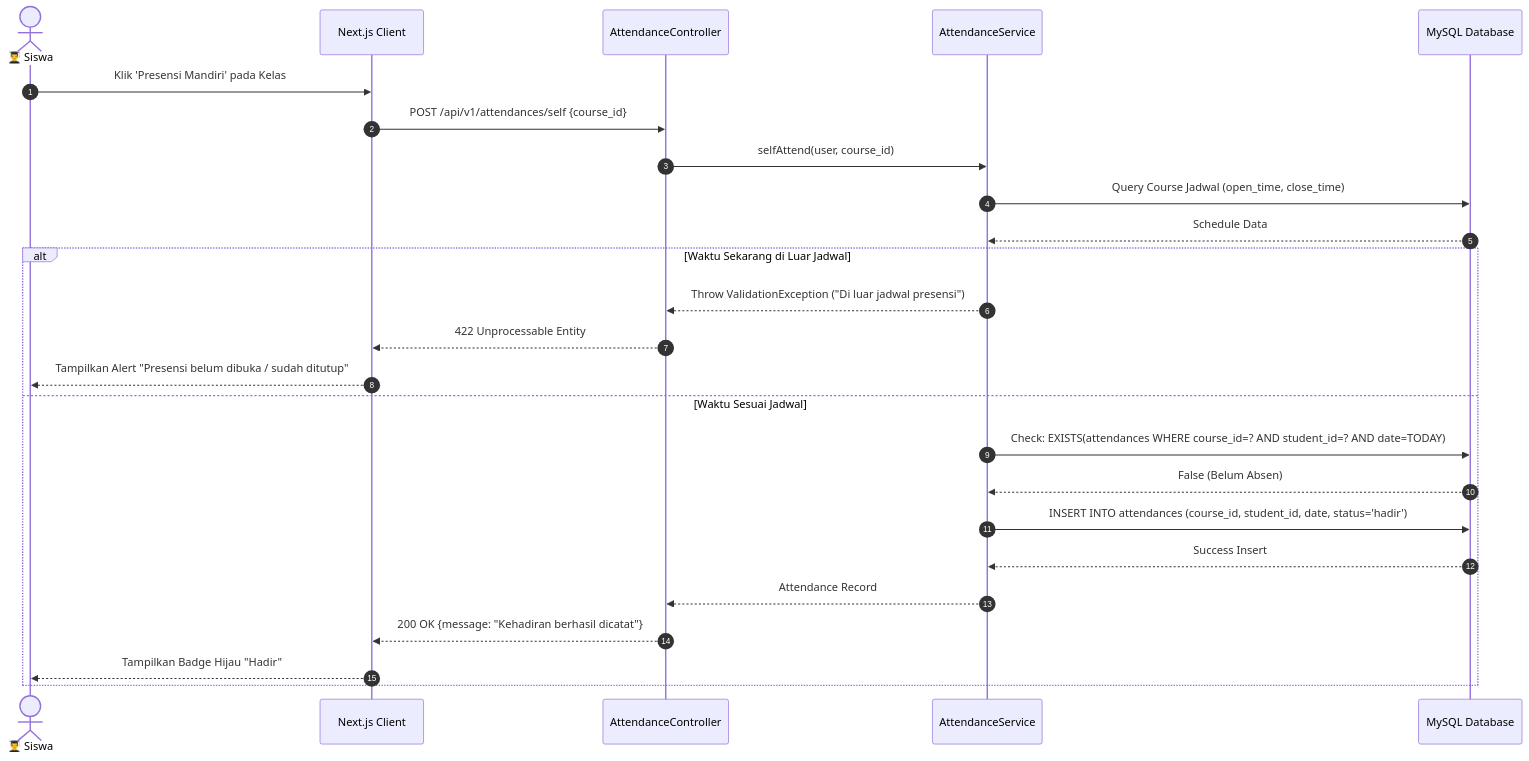
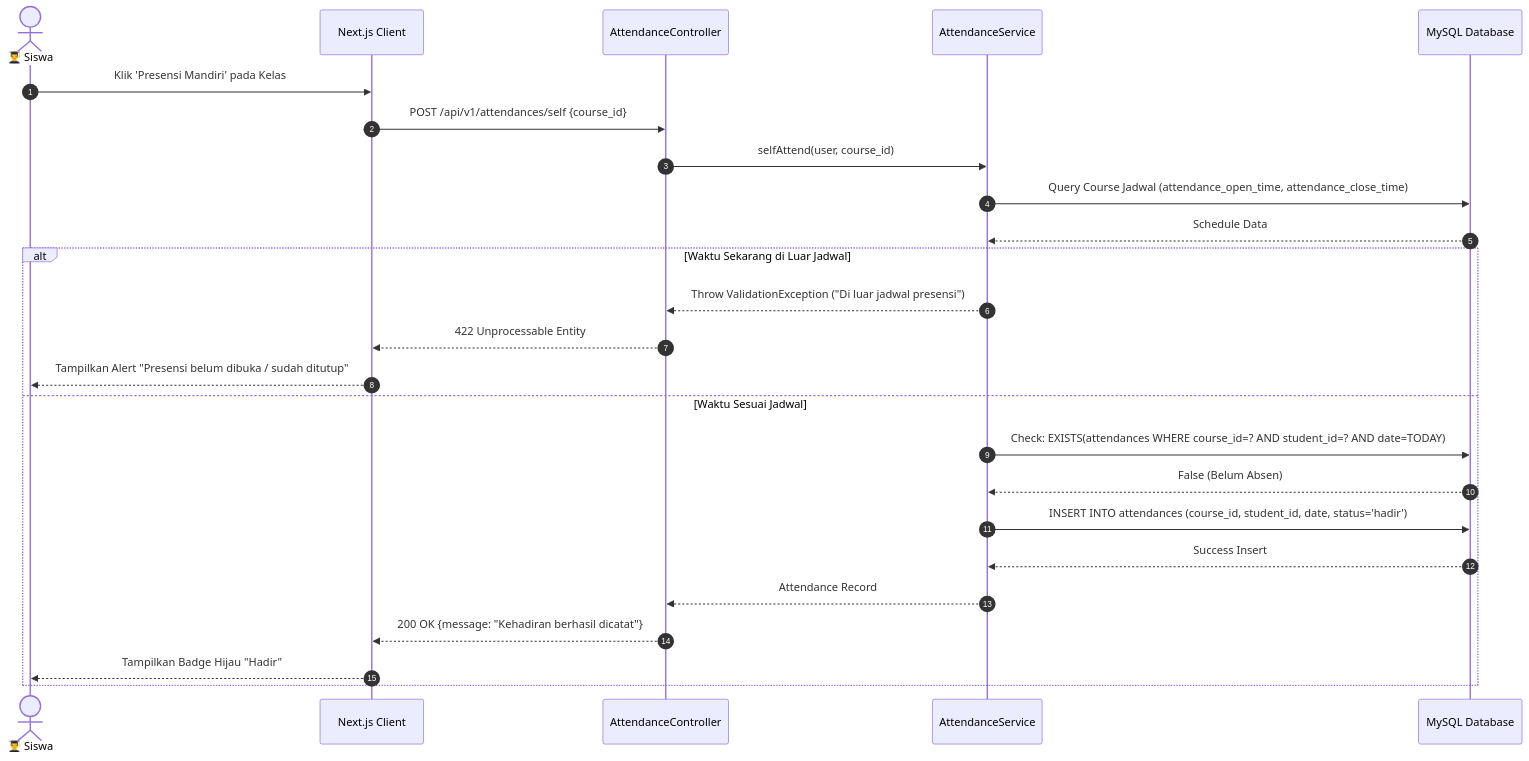
One commit to ferydwi-stack/Deploy_LMS changed the seventh of 7 diagrams in DIAGRAMS_DOKUMENTASI.md. Above: the diagram before and after it, drawn with Mermaid. The commit also changed other lines of this file and 19 other files, not shown here.

Commit message:
docs: consolidate unified Use Case, unified ERD, and unified Flowchart into single master diagrams and regenerate SVG images

````diff
--- a/DIAGRAMS_DOKUMENTASI.md
+++ b/DIAGRAMS_DOKUMENTASI.md
@@ -576,29 +522,29 @@
 ```mermaid
 sequenceDiagram
     autonumber
     actor Siswa as 👨‍🎓 Siswa
     participant UI as Next.js Client
     participant AttAPI as AttendanceController
     participant AttService as AttendanceService
     participant DB as MySQL Database
 
     Siswa->>UI: Klik 'Presensi Mandiri' pada Kelas
     UI->>AttAPI: POST /api/v1/attendances/self {course_id}
     AttAPI->>AttService: selfAttend(user, course_id)
-    AttService->>DB: Query Course Jadwal (open_time, close_time)
+    AttService->>DB: Query Course Jadwal (attendance_open_time, attendance_close_time)
     DB-->>AttService: Schedule Data
     
     alt Waktu Sekarang di Luar Jadwal
         AttService-->>AttAPI: Throw ValidationException ("Di luar jadwal presensi")
         AttAPI-->>UI: 422 Unprocessable Entity
         UI-->>Siswa: Tampilkan Alert "Presensi belum dibuka / sudah ditutup"
     else Waktu Sesuai Jadwal
         AttService->>DB: Check: EXISTS(attendances WHERE course_id=? AND student_id=? AND date=TODAY)
         DB-->>AttService: False (Belum Absen)
         AttService->>DB: INSERT INTO attendances (course_id, student_id, date, status='hadir')
         DB-->>AttService: Success Insert
         AttService-->>AttAPI: Attendance Record
         AttAPI-->>UI: 200 OK {message: "Kehadiran berhasil dicatat"}
         UI-->>Siswa: Tampilkan Badge Hijau "Hadir"
     end
 ```
````
